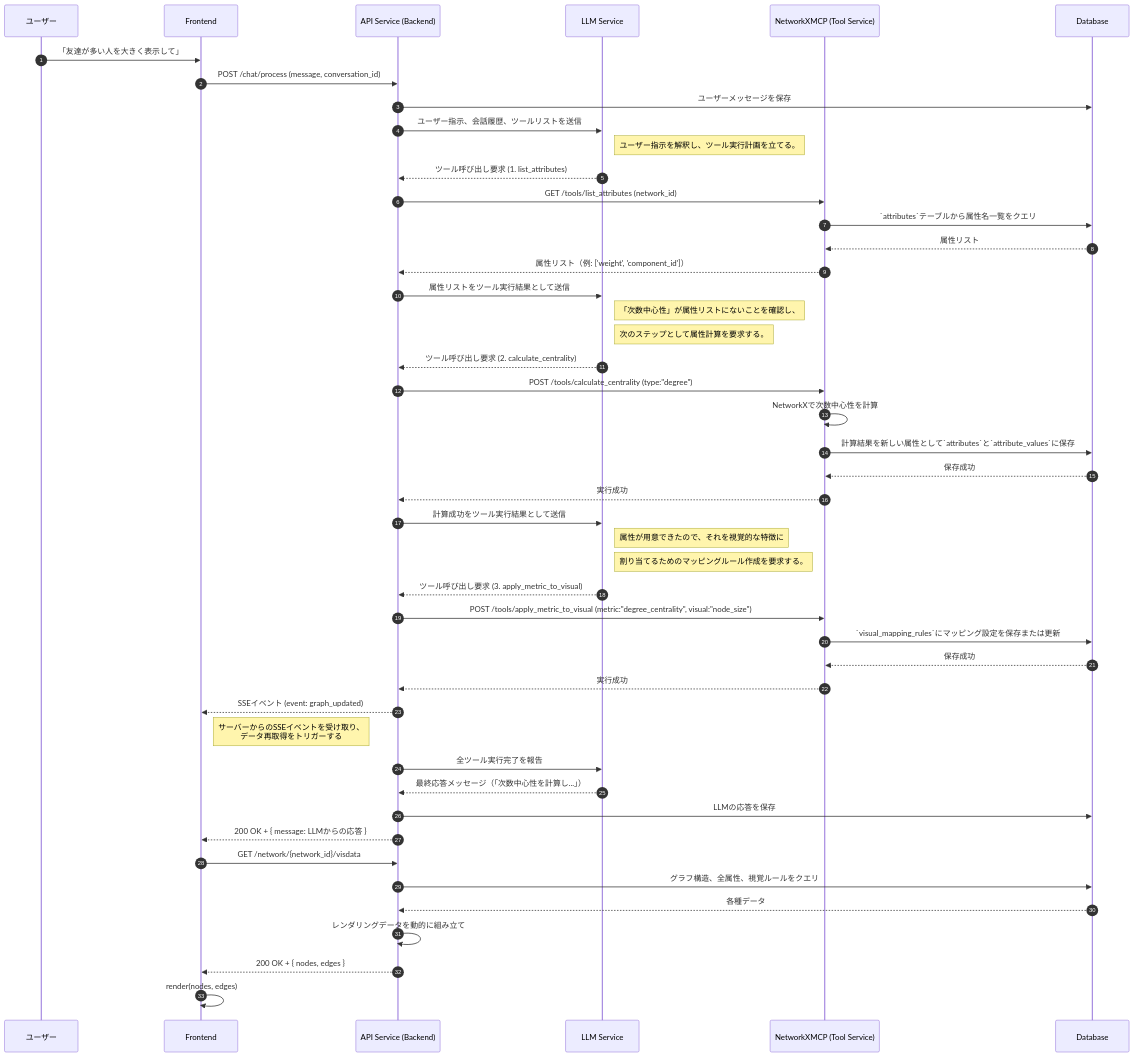
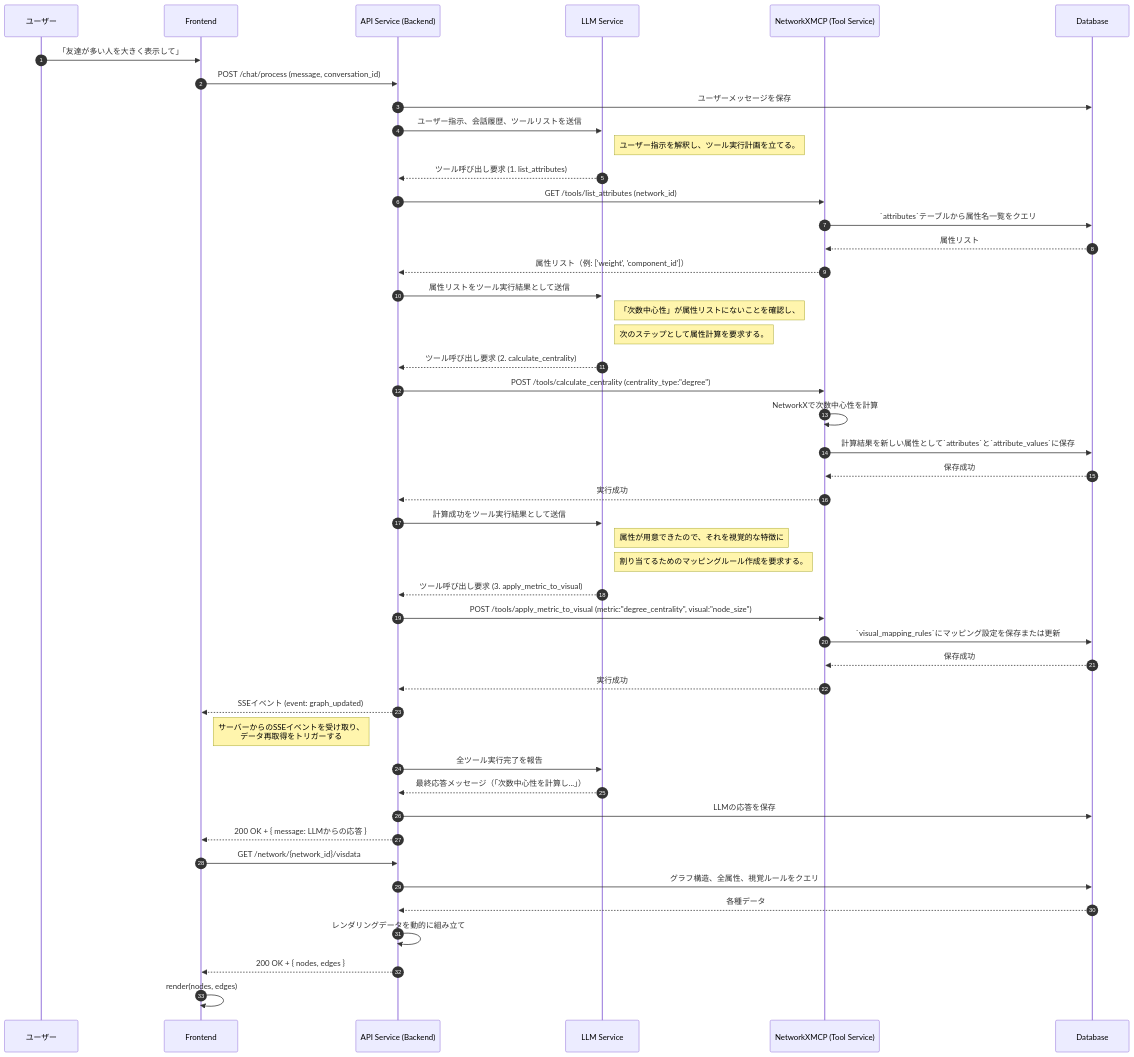
Before and after one commit to vdslab/LLMGraphvis: the second of 3 diagrams in specification/Interactions.md, drawn with Mermaid. The commit also changed other lines of this file and 2 other files, not shown here.

````diff
--- a/specification/Interactions.md
+++ b/specification/Interactions.md
@@ -58,67 +58,67 @@
 ```mermaid
 sequenceDiagram
     autonumber
     %% Participants
     participant U as ユーザー
     participant F as Frontend
     participant B as API Service (Backend)
     participant LLM as LLM Service
     participant N as NetworkXMCP (Tool Service)
     participant DB as Database
 
     U->>F: 「友達が多い人を大きく表示して」
     F->>B: POST /chat/process (message, conversation_id)
     B->>DB: ユーザーメッセージを保存
 
     %% Step 1: Backend asks LLM for a plan
     B->>LLM: ユーザー指示、会話履歴、ツールリストを送信
     note right of LLM: ユーザー指示を解釈し、ツール実行計画を立てる。
     LLM-->>B: ツール呼び出し要求 (1. list_attributes)
 
     %% Step 2: Backend executes list_attributes
     B->>N: GET /tools/list_attributes (network_id)
     N->>DB: `attributes`テーブルから属性名一覧をクエリ
     DB-->>N: 属性リスト
     N-->>B: 属性リスト（例: ['weight', 'component_id']）
 
     %% Step 3: Backend asks LLM for the next step
     B->>LLM: 属性リストをツール実行結果として送信
     note right of LLM: 「次数中心性」が属性リストにないことを確認し、
     note right of LLM: 次のステップとして属性計算を要求する。
     LLM-->>B: ツール呼び出し要求 (2. calculate_centrality)
 
     %% Step 4: Backend executes calculate_centrality
-    B->>N: POST /tools/calculate_centrality (type:"degree")
+    B->>N: POST /tools/calculate_centrality (centrality_type:"degree")
     N->>N: NetworkXで次数中心性を計算
     N->>DB: 計算結果を新しい属性として`attributes`と`attribute_values`に保存
     DB-->>N: 保存成功
     N-->>B: 実行成功
 
     %% Step 5: Backend asks LLM for the final step
     B->>LLM: 計算成功をツール実行結果として送信
     note right of LLM: 属性が用意できたので、それを視覚的な特徴に
     note right of LLM: 割り当てるためのマッピングルール作成を要求する。
     LLM-->>B: ツール呼び出し要求 (3. apply_metric_to_visual)
 
     %% Step 6: Backend executes apply_metric_to_visual
     B->>N: POST /tools/apply_metric_to_visual (metric:"degree_centrality", visual:"node_size")
     N->>DB: `visual_mapping_rules`にマッピング設定を保存または更新
     DB-->>N: 保存成功
     N-->>B: 実行成功
 
     %% Step 7: Backend sends notification and final response to Frontend
     B-->>F: SSEイベント (event: graph_updated)
     note right of F: サーバーからのSSEイベントを受け取り、<br/>データ再取得をトリガーする
     B->>LLM: 全ツール実行完了を報告
     LLM-->>B: 最終応答メッセージ（「次数中心性を計算し...」）
     B->>DB: LLMの応答を保存
     B-->>F: 200 OK + { message: LLMからの応答 }
 
     %% Step 8: Frontend fetches updated data
     F->>B: GET /network/{network_id}/visdata
     B->>DB: グラフ構造、全属性、視覚ルールをクエリ
     DB-->>B: 各種データ
     B->>B: レンダリングデータを動的に組み立て
     B-->>F: 200 OK + { nodes, edges }
     F->>F: render(nodes, edges)
 ```
````
